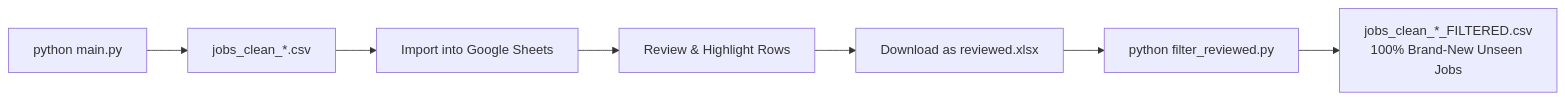
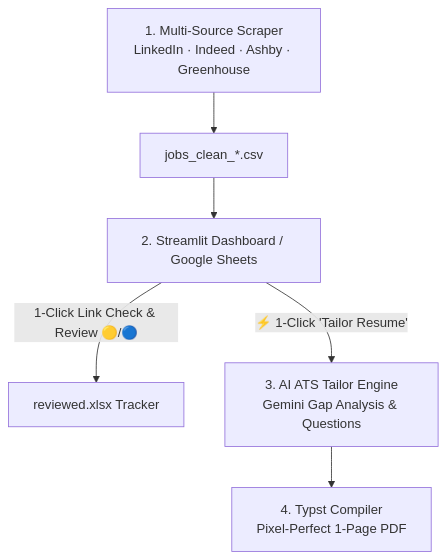
Before and after one commit to hakerishka/job-flow-automator: the diagram in README.md, drawn with Mermaid. The commit also changed other lines of this file and 7 other files, not shown here.

Commit message:
Add Streamlit Dashboard, ATS Resume Tailor engine, and Typst templates

````diff
--- a/README.md
+++ b/README.md
@@ -71,9 +19,8 @@
 ```mermaid
-graph LR
-    A[python main.py] --> B[jobs_clean_*.csv]
-    B --> C[Import into Google Sheets]
-    C --> D[Review & Highlight Rows]
-    D --> E[Download as reviewed.xlsx]
-    E --> F[python filter_reviewed.py]
-    F --> G[jobs_clean_*_FILTERED.csv<br/>100% Brand-New Unseen Jobs]
+graph TD
+    A[1. Multi-Source Scraper<br/>LinkedIn · Indeed · Ashby · Greenhouse] --> B[jobs_clean_*.csv]
+    B --> C[2. Streamlit Dashboard / Google Sheets]
+    C -->|1-Click Link Check & Review 🟡/🔵| D[reviewed.xlsx Tracker]
+    C -->|⚡ 1-Click 'Tailor Resume'| E[3. AI ATS Tailor Engine<br/>Gemini Gap Analysis & Questions]
+    E --> F[4. Typst Compiler<br/>Pixel-Perfect 1-Page PDF]
 ```
````
